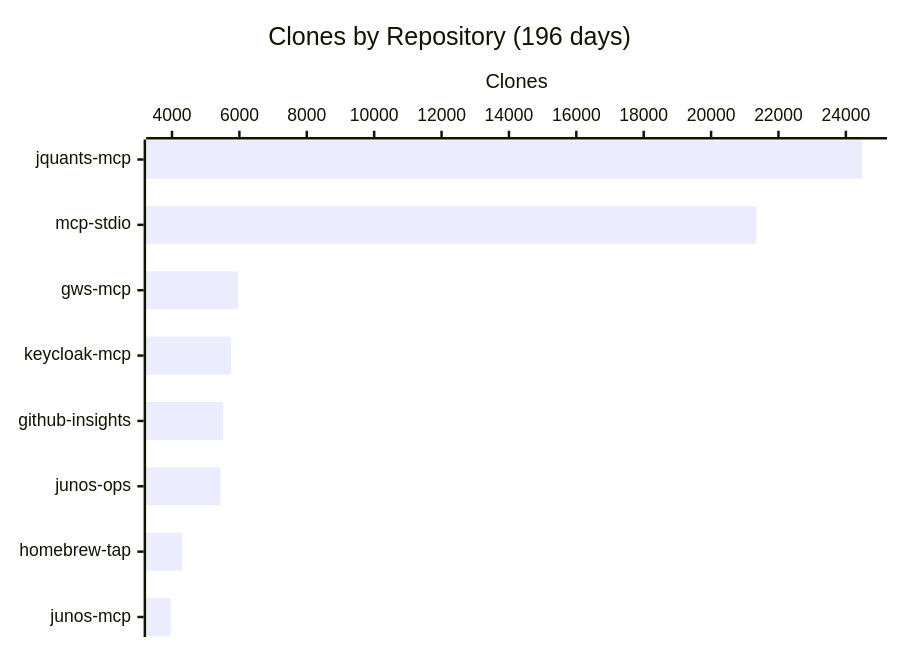
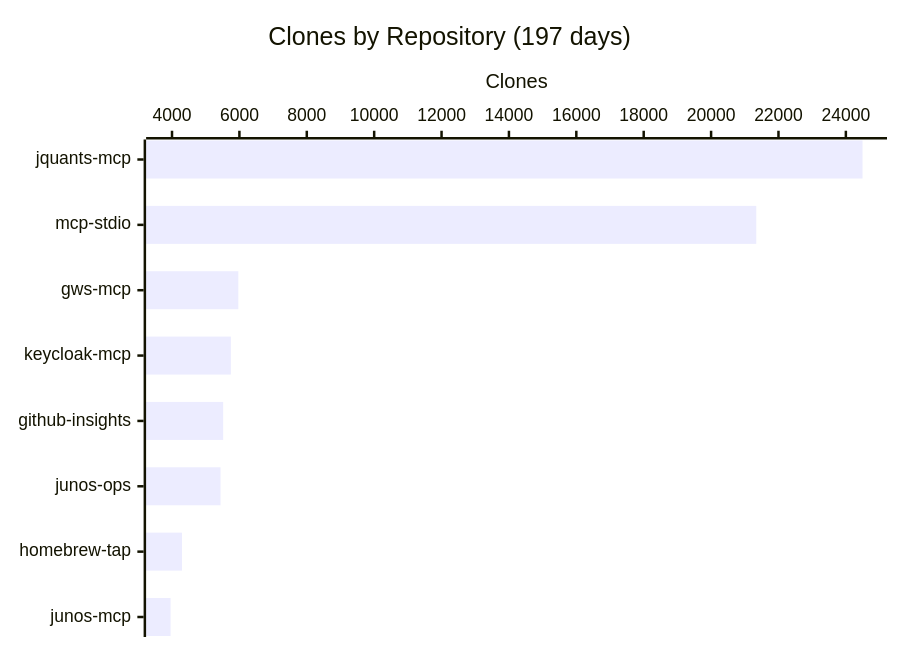
One commit to shigechika/github-insights changed the fourth of 4 diagrams in README.md. Above: the diagram before and after it, drawn with Mermaid. The commit also changed other lines of this file and 2 other files, not shown here.

````diff
--- a/README.md
+++ b/README.md
@@ -58,7 +58,7 @@
 ```mermaid
 xychart-beta horizontal
-    title "Clones by Repository (196 days)"
+    title "Clones by Repository (197 days)"
     x-axis ["jquants-mcp", "mcp-stdio", "gws-mcp", "keycloak-mcp", "github-insights", "junos-ops", "homebrew-tap", "junos-mcp"]
     y-axis "Clones"
     bar [24495, 21341, 5968, 5747, 5519, 5440, 4295, 3957]
 ```
````
